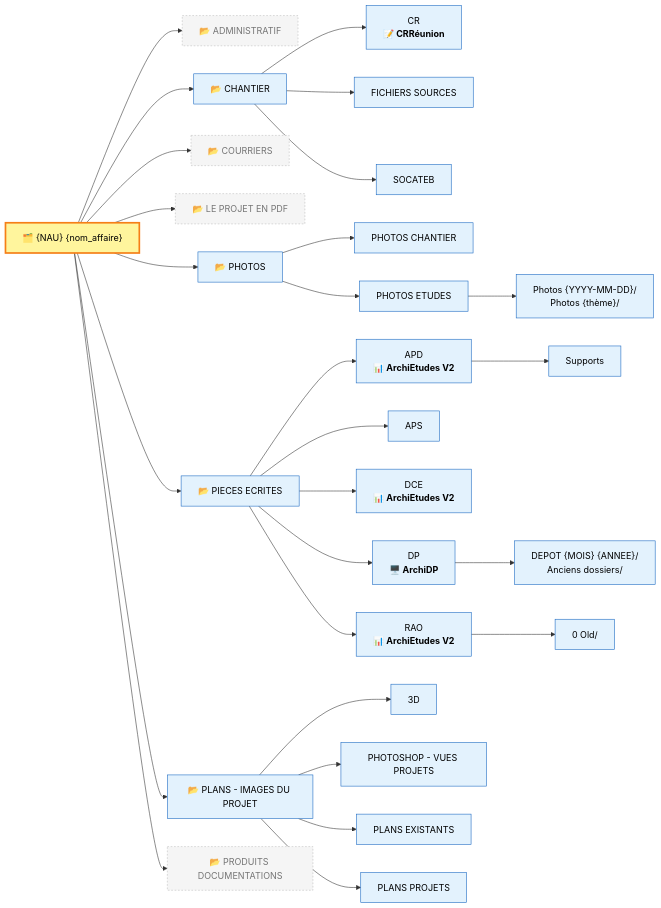
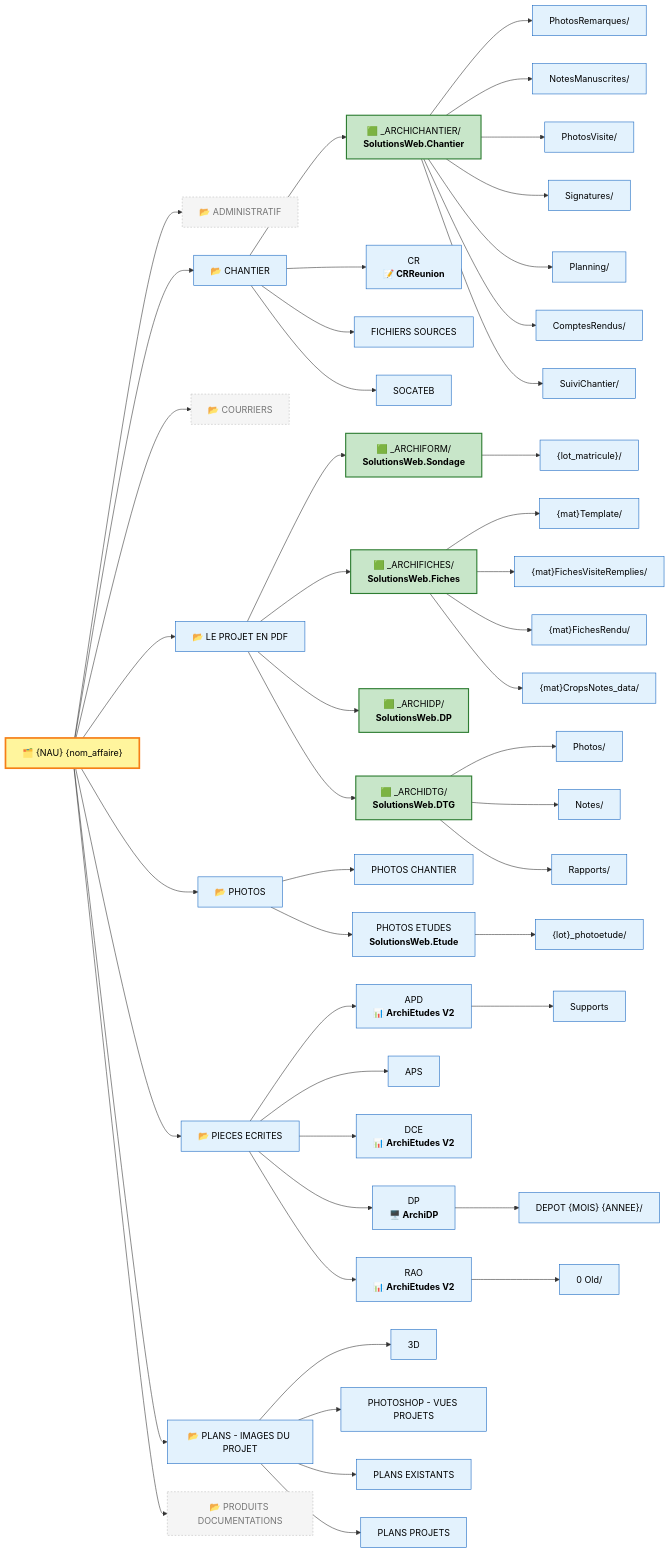
The second of 3 diagrams in profile/README.md (ArchiGestionV2/.github), drawn with Mermaid before and after one commit. The commit also changed other lines of this file, not shown here.

Commit message:
docs: mise a jour arborescence NAU — ajout dossiers instance web _ARCHI*

````diff
--- a/profile/README.md
+++ b/profile/README.md
@@ -148,40 +146,64 @@
 ```mermaid
 flowchart LR
     classDef root fill:#FFF59D,stroke:#F57F17,stroke-width:3px,color:#000
     classDef folder fill:#E3F2FD,stroke:#1565C0,color:#000
+    classDef instance fill:#C8E6C9,stroke:#2E7D32,stroke-width:2px,color:#000
     classDef empty fill:#F5F5F5,stroke:#BDBDBD,stroke-dasharray:3 3,color:#757575
 
     ROOT["🗂️ {NAU} {nom_affaire}"]:::root
 
     ROOT --> ADMIN["📂 ADMINISTRATIF"]:::empty
     ROOT --> CHANTIER["📂 CHANTIER"]:::folder
     ROOT --> COURRIERS["📂 COURRIERS"]:::empty
-    ROOT --> PRJPDF["📂 LE PROJET EN PDF"]:::empty
+    ROOT --> PRJPDF["📂 LE PROJET EN PDF"]:::folder
     ROOT --> PHOTOS["📂 PHOTOS"]:::folder
     ROOT --> PE["📂 PIECES ECRITES"]:::folder
     ROOT --> PLANS["📂 PLANS - IMAGES DU PROJET"]:::folder
     ROOT --> PRODUITS["📂 PRODUITS DOCUMENTATIONS"]:::empty
 
-    CHANTIER --> CR["CR<br/><b>📝 CRRéunion</b>"]:::folder
+    CHANTIER --> ARCHI_CH["🟩 _ARCHICHANTIER/<br/><b>SolutionsWeb.Chantier</b>"]:::instance
+    CHANTIER --> CR["CR<br/><b>📝 CRReunion</b>"]:::folder
     CHANTIER --> FS["FICHIERS SOURCES"]:::folder
     CHANTIER --> SOC["SOCATEB"]:::folder
 
+    ARCHI_CH --> ACH_PH["PhotosRemarques/"]:::folder
+    ARCHI_CH --> ACH_NM["NotesManuscrites/"]:::folder
+    ARCHI_CH --> ACH_VIS["PhotosVisite/"]:::folder
+    ARCHI_CH --> ACH_SIG["Signatures/"]:::folder
+    ARCHI_CH --> ACH_PL["Planning/"]:::folder
+    ARCHI_CH --> ACH_CR["ComptesRendus/"]:::folder
+    ARCHI_CH --> ACH_SUI["SuiviChantier/"]:::folder
+
+    PRJPDF --> ARCHI_FM["🟩 _ARCHIFORM/<br/><b>SolutionsWeb.Sondage</b>"]:::instance
+    PRJPDF --> ARCHI_FI["🟩 _ARCHIFICHES/<br/><b>SolutionsWeb.Fiches</b>"]:::instance
+    PRJPDF --> ARCHI_DP["🟩 _ARCHIDP/<br/><b>SolutionsWeb.DP</b>"]:::instance
+    PRJPDF --> ARCHI_DTG["🟩 _ARCHIDTG/<br/><b>SolutionsWeb.DTG</b>"]:::instance
+
+    ARCHI_FM --> AFM_LOT["{lot_matricule}/"]:::folder
+    ARCHI_FI --> AFI_TPL["{mat}Template/"]:::folder
+    ARCHI_FI --> AFI_FVR["{mat}FichesVisiteRemplies/"]:::folder
+    ARCHI_FI --> AFI_RND["{mat}FichesRendu/"]:::folder
+    ARCHI_FI --> AFI_CRP["{mat}CropsNotes_data/"]:::folder
+    ARCHI_DTG --> ADTG_PH["Photos/"]:::folder
+    ARCHI_DTG --> ADTG_NT["Notes/"]:::folder
+    ARCHI_DTG --> ADTG_RP["Rapports/"]:::folder
+
     PHOTOS --> PHCHAN["PHOTOS CHANTIER"]:::folder
-    PHOTOS --> PHET["PHOTOS ETUDES"]:::folder
+    PHOTOS --> PHET["PHOTOS ETUDES<br/><b>SolutionsWeb.Etude</b>"]:::folder
 
     PE --> APD["APD<br/><b>📊 ArchiEtudes V2</b>"]:::folder
     PE --> APS["APS"]:::folder
     PE --> DCE["DCE<br/><b>📊 ArchiEtudes V2</b>"]:::folder
     PE --> DP["DP<br/><b>🖥️ ArchiDP</b>"]:::folder
     PE --> RAO["RAO<br/><b>📊 ArchiEtudes V2</b>"]:::folder
 
     PLANS --> PL3D["3D"]:::folder
     PLANS --> PLPS["PHOTOSHOP - VUES PROJETS"]:::folder
     PLANS --> PLEX["PLANS EXISTANTS"]:::folder
     PLANS --> PLPR["PLANS PROJETS"]:::folder
 
+    PHET --> PHET_LOT["{lot}_photoetude/"]:::folder
     APD --> APD_SUPPORTS["Supports"]:::folder
-    PHET --> PHET_DATED["Photos {YYYY-MM-DD}/<br/>Photos {thème}/"]:::folder
-    DP --> DP_DEPOT["DEPOT {MOIS} {ANNEE}/<br/>Anciens dossiers/"]:::folder
+    DP --> DP_DEPOT["DEPOT {MOIS} {ANNEE}/"]:::folder
     RAO --> RAO_OLD["0 Old/"]:::folder
 ```
````
